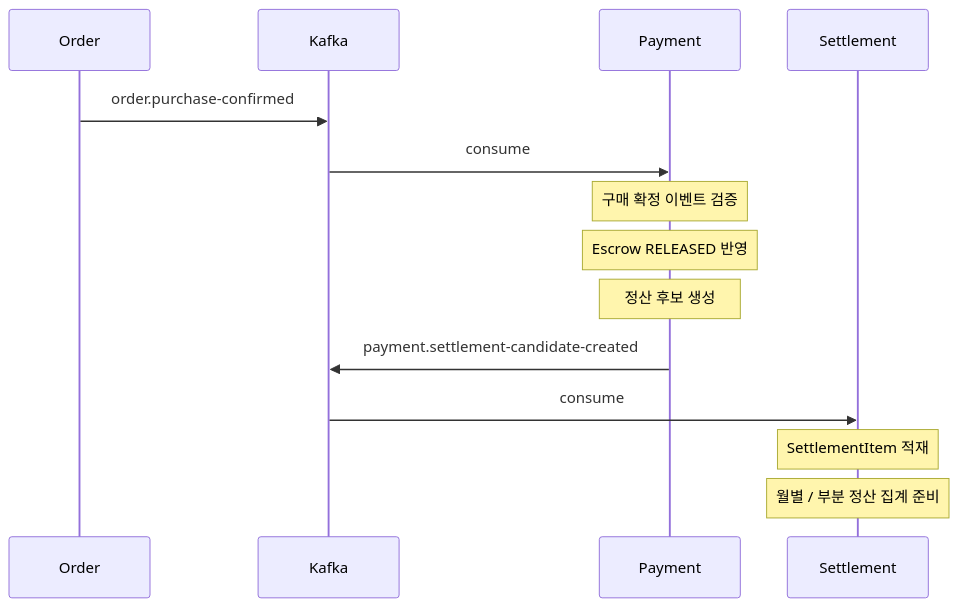
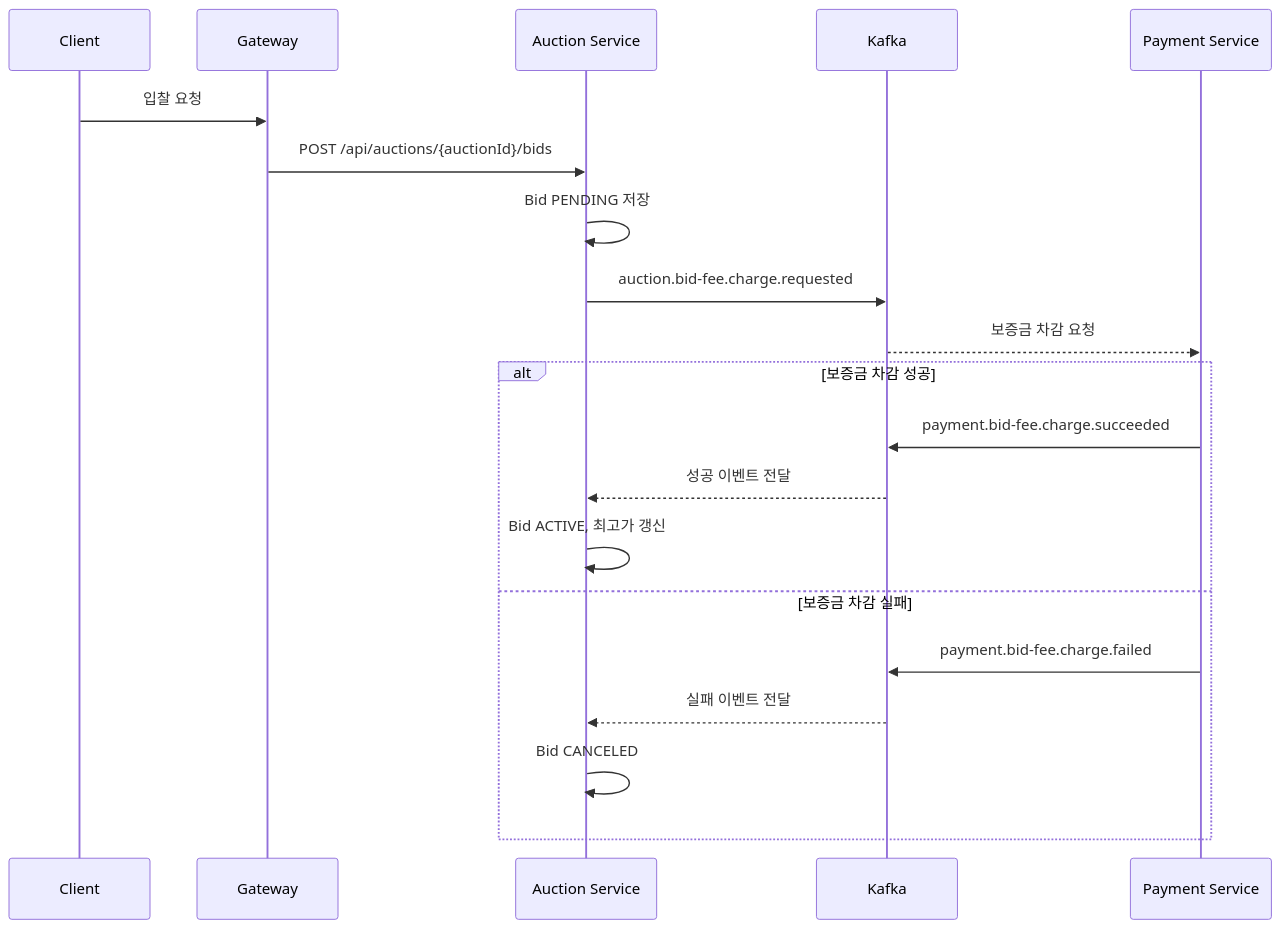
The third of 4 diagrams in README.md (sihoney/GoodsMall_BE), drawn with Mermaid before and after one commit. The commit also changed other lines of this file and 1 other file, not shown here.

````diff
--- a/README.md
+++ b/README.md
@@ -155,19 +111,24 @@
 ```mermaid
 sequenceDiagram
-    participant Order
+    participant Client
+    participant Gateway
+    participant Auction as Auction Service
     participant Kafka
-    participant Payment
-    participant Settlement
+    participant Payment as Payment Service
 
-    Order->>Kafka: order.purchase-confirmed
-    Kafka->>Payment: consume
+    Client->>Gateway: 입찰 요청
+    Gateway->>Auction: POST /api/auctions/{auctionId}/bids
+    Auction->>Auction: Bid PENDING 저장
+    Auction->>Kafka: auction.bid-fee.charge.requested
+    Kafka-->>Payment: 보증금 차감 요청
 
-    Note over Payment: 구매 확정 이벤트 검증
-    Note over Payment: Escrow RELEASED 반영
-    Note over Payment: 정산 후보 생성
-    Payment->>Kafka: payment.settlement-candidate-created
-
-    Kafka->>Settlement: consume
-    Note over Settlement: SettlementItem 적재
-    Note over Settlement: 월별 / 부분 정산 집계 준비
+    alt 보증금 차감 성공
+        Payment->>Kafka: payment.bid-fee.charge.succeeded
+        Kafka-->>Auction: 성공 이벤트 전달
+        Auction->>Auction: Bid ACTIVE, 최고가 갱신
+    else 보증금 차감 실패
+        Payment->>Kafka: payment.bid-fee.charge.failed
+        Kafka-->>Auction: 실패 이벤트 전달
+        Auction->>Auction: Bid CANCELED
+    end
 ```
````
